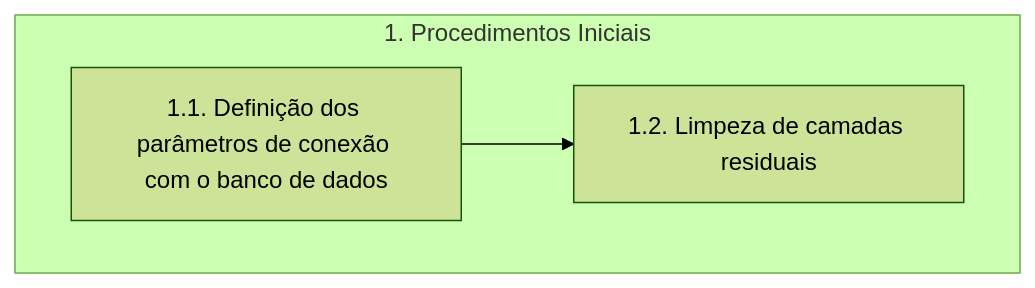
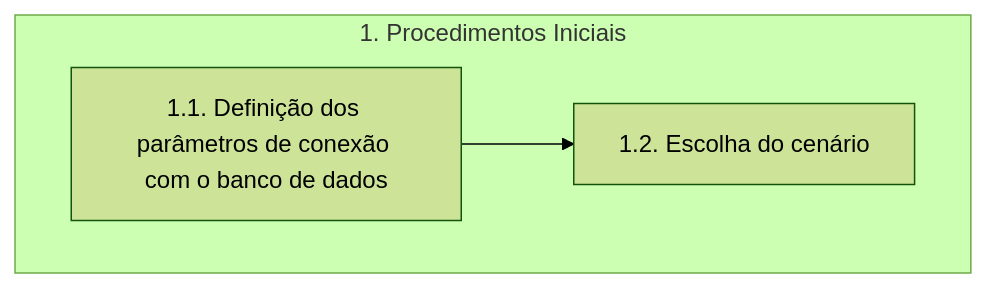
One commit to brunoguterres/ParaibaHidroGIS changed the diagram in pyqgis/1/READ ME.md. Above: the diagram before and after it, drawn with Mermaid (forest theme). The commit also changed other lines of this file and 3 other files, not shown here.

````diff
--- a/pyqgis/1/READ ME.md
+++ b/pyqgis/1/READ ME.md
@@ -11,6 +11,6 @@
 ```mermaid
     flowchart TD    
     subgraph A[1. Procedimentos Iniciais]
-        B[1.1. Definição dos parâmetros de conexão com o banco de dados] --> C[1.2. Limpeza de camadas residuais];
+        B[1.1. Definição dos parâmetros de conexão com o banco de dados] --> C[1.2. Escolha do cenário];
     end
 ```
````
